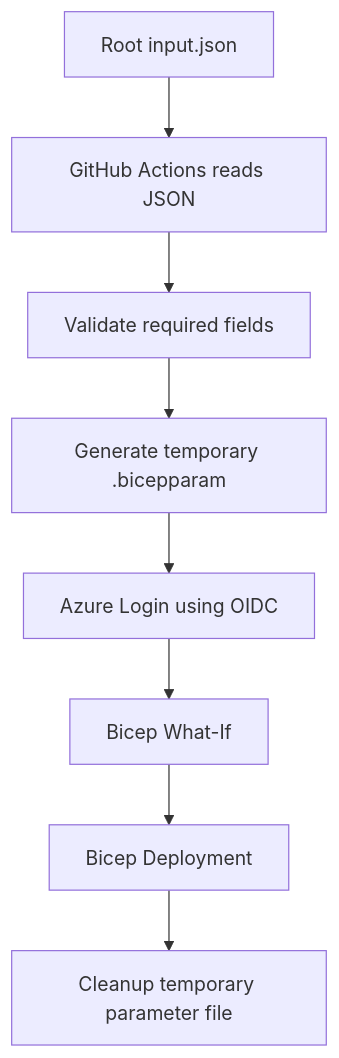
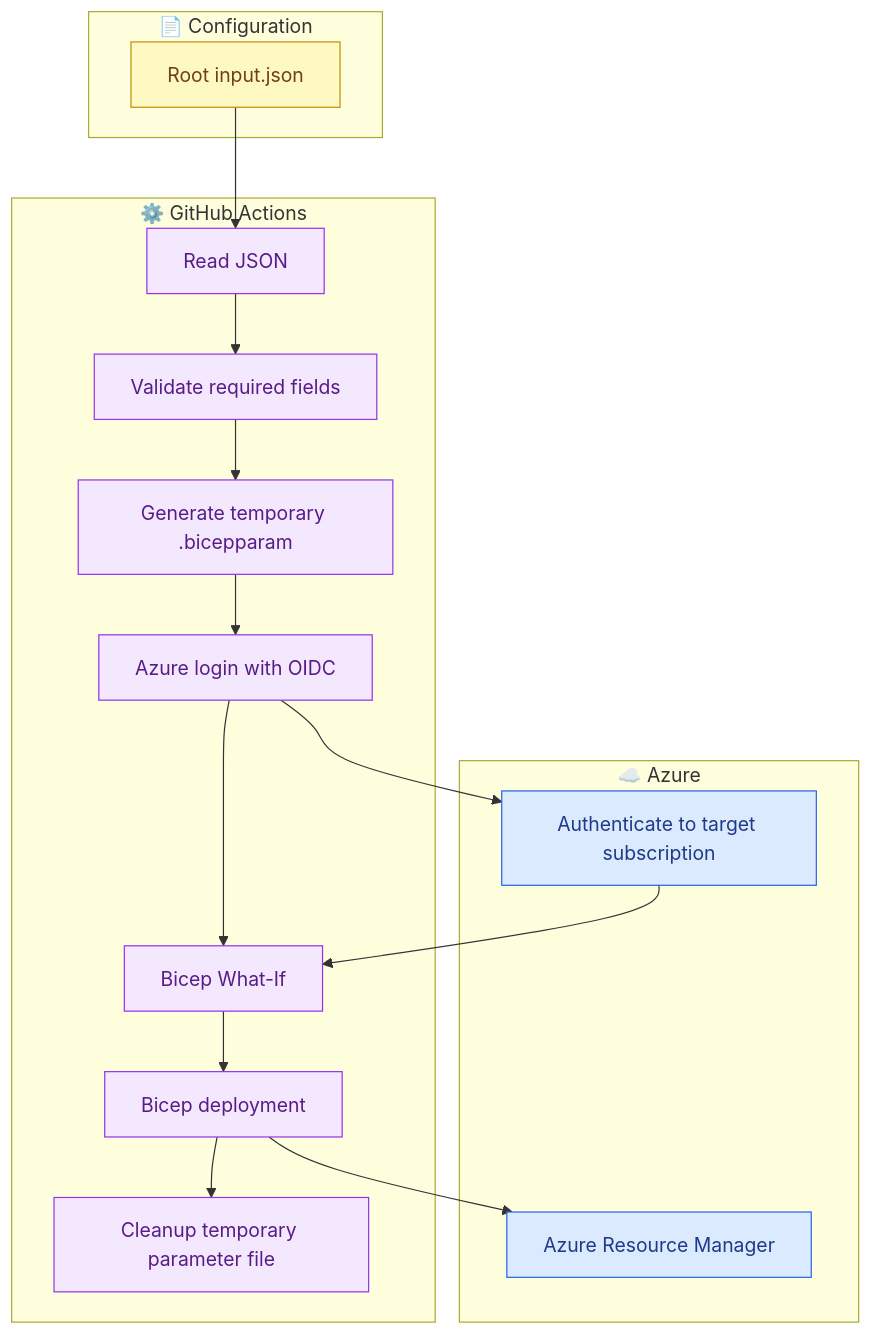
Before and after one commit to OLYMPUSPRIME/GPT-BIFROST: the fourth of 5 diagrams in README.md, drawn with Mermaid. The commit also changed other lines of this file, not shown here.

Commit message:
Redesign root README with colored Mermaid workflow diagrams

````diff
--- a/README.md
+++ b/README.md
@@ -352,10 +199,26 @@
 ```mermaid
 flowchart TD
-    A[Root input.json] --> B[GitHub Actions reads JSON]
-    B --> C[Validate required fields]
-    C --> D[Generate temporary .bicepparam]
-    D --> E[Azure Login using OIDC]
-    E --> F[Bicep What-If]
-    F --> G[Bicep Deployment]
-    G --> H[Cleanup temporary parameter file]
+  subgraph Source["📄 Configuration"]
+    A["Root input.json"]
+  end
+  subgraph CI["⚙️ GitHub Actions"]
+    B["Read JSON"] --> C["Validate required fields"]
+    C --> D["Generate temporary .bicepparam"]
+    D --> E["Azure login with OIDC"]
+    E --> F["Bicep What-If"]
+    F --> G["Bicep deployment"]
+    G --> H["Cleanup temporary parameter file"]
+  end
+  subgraph Target["☁️ Azure"]
+    E --> I["Authenticate to target subscription"]
+    I --> F
+    G --> J["Azure Resource Manager"]
+  end
+  A --> B
+  classDef source fill:#fef9c3,stroke:#ca8a04,color:#713f12;
+  classDef ci fill:#f3e8ff,stroke:#9333ea,color:#581c87;
+  classDef azure fill:#dbeafe,stroke:#2563eb,color:#1e3a8a;
+  class A source;
+  class B,C,D,E,F,G,H ci;
+  class I,J azure;
 ```
````
